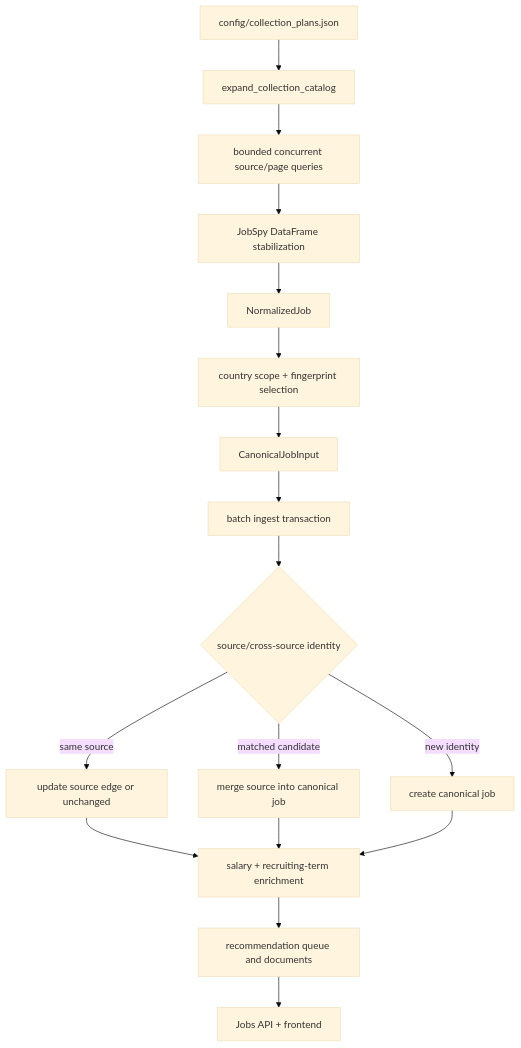
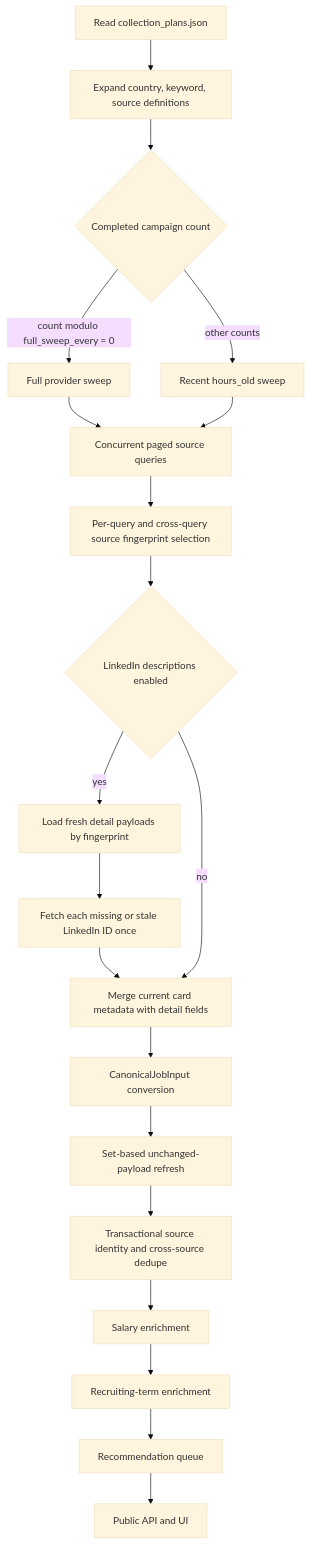
The third of 9 diagrams in docs/TECHNICAL_DOCUMENTATION.md (KaiusJin/WeCanFindIntern), drawn with Mermaid (base theme) before and after one commit. The commit also changed other lines of this file and 17 other files, not shown here.

````diff
--- a/docs/TECHNICAL_DOCUMENTATION.md
+++ b/docs/TECHNICAL_DOCUMENTATION.md
@@ -130,19 +141,22 @@
 ```mermaid
 flowchart TD
-    C[config/collection_plans.json] --> X[expand_collection_catalog]
-    X --> Q[bounded concurrent source/page queries]
-    Q --> J[JobSpy DataFrame stabilization]
-    J --> N[NormalizedJob]
-    N --> F[country scope + fingerprint selection]
-    F --> K[CanonicalJobInput]
-    K --> I[batch ingest transaction]
-    I --> D{source/cross-source identity}
-    D -->|same source| U[update source edge or unchanged]
-    D -->|matched candidate| M[merge source into canonical job]
-    D -->|new identity| A[create canonical job]
-    U --> E[salary + recruiting-term enrichment]
-    M --> E
-    A --> E
-    E --> R[recommendation queue and documents]
-    R --> API[Jobs API + frontend]
+    C[Read collection_plans.json] --> E[Expand country, keyword, source definitions]
+    E --> S{Completed campaign count}
+    S -->|count modulo full_sweep_every = 0| F[Full provider sweep]
+    S -->|other counts| R[Recent hours_old sweep]
+    F --> Q[Concurrent paged source queries]
+    R --> Q
+    Q --> D[Per-query and cross-query source fingerprint selection]
+    D --> L{LinkedIn descriptions enabled}
+    L -->|yes| K[Load fresh detail payloads by fingerprint]
+    K --> H[Fetch each missing or stale LinkedIn ID once]
+    H --> N[Merge current card metadata with detail fields]
+    L -->|no| N
+    N --> C1[CanonicalJobInput conversion]
+    C1 --> U[Set-based unchanged-payload refresh]
+    U --> I[Transactional source identity and cross-source dedupe]
+    I --> SA[Salary enrichment]
+    SA --> RT[Recruiting-term enrichment]
+    RT --> QI[Recommendation queue]
+    QI --> API[Public API and UI]
 ```
````
